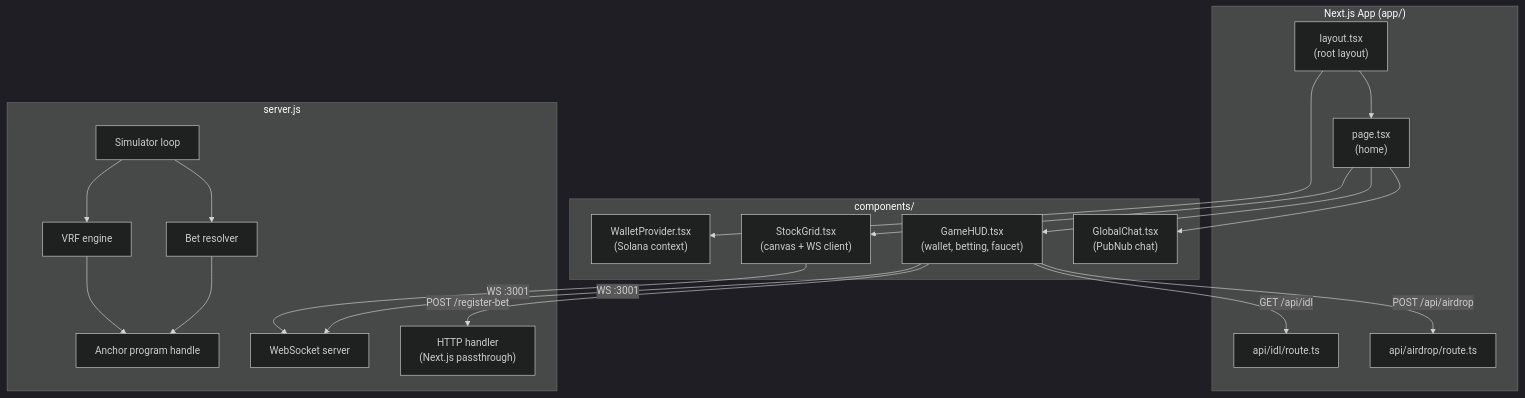
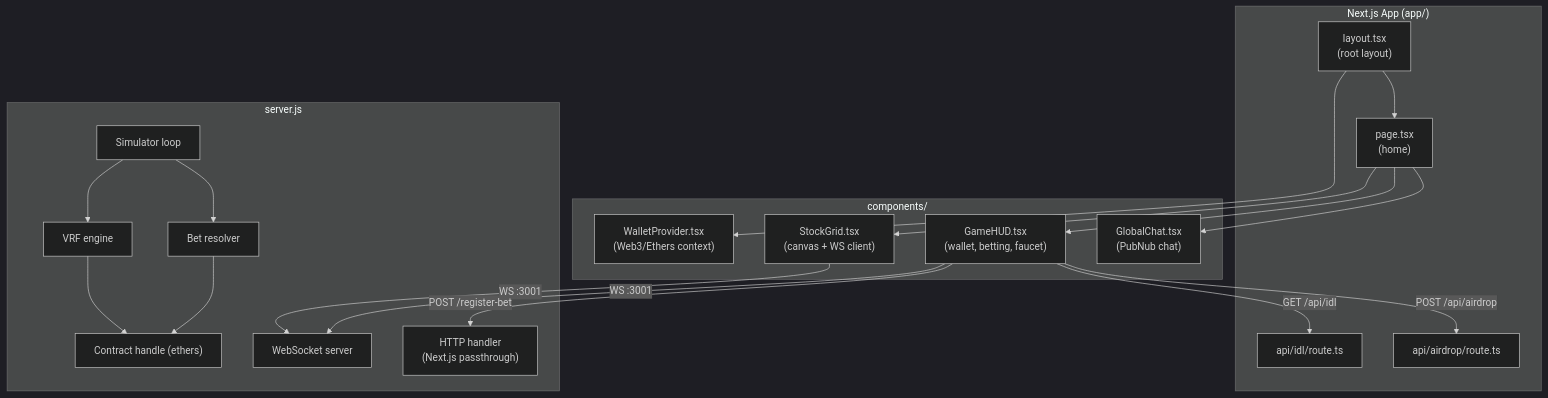
Before and after one commit to manovHacksaw/spermdotfun: the first of 4 diagrams in docs/technical-architecture.md, drawn with Mermaid (dark theme). The commit also changed other lines of this file and 8 other files, not shown here.

````diff
--- a/docs/technical-architecture.md
+++ b/docs/technical-architecture.md
@@ -29,42 +29,42 @@
 ```mermaid
 graph TD
     subgraph Next["Next.js App (app/)"]
         LAY["layout.tsx\n(root layout)"]
         PAGE["page.tsx\n(home)"]
         IDL_RT["api/idl/route.ts"]
         AIR_RT["api/airdrop/route.ts"]
     end
 
     subgraph Components["components/"]
         SG["StockGrid.tsx\n(canvas + WS client)"]
         GH["GameHUD.tsx\n(wallet, betting, faucet)"]
         GC["GlobalChat.tsx\n(PubNub chat)"]
-        WP["WalletProvider.tsx\n(Solana context)"]
+        WP["WalletProvider.tsx\n(Web3/Ethers context)"]
     end
 
     subgraph Server["server.js"]
         SRV_HTTP["HTTP handler\n(Next.js passthrough)"]
         SRV_WS["WebSocket server"]
         SRV_SIM["Simulator loop"]
         SRV_VRF["VRF engine"]
         SRV_BET["Bet resolver"]
-        SRV_CHAIN["Anchor program handle"]
+        SRV_CHAIN["Contract handle (ethers)"]
     end
 
     LAY --> WP
     LAY --> PAGE
     PAGE --> SG
     PAGE --> GH
     PAGE --> GC
 
     SG -- "WS :3001" --> SRV_WS
     GH -- "WS :3001" --> SRV_WS
     GH -- "POST /register-bet" --> SRV_HTTP
     GH -- "GET /api/idl" --> IDL_RT
     GH -- "POST /api/airdrop" --> AIR_RT
 
     SRV_SIM --> SRV_VRF
     SRV_SIM --> SRV_BET
     SRV_BET --> SRV_CHAIN
     SRV_VRF --> SRV_CHAIN
 ```
````
